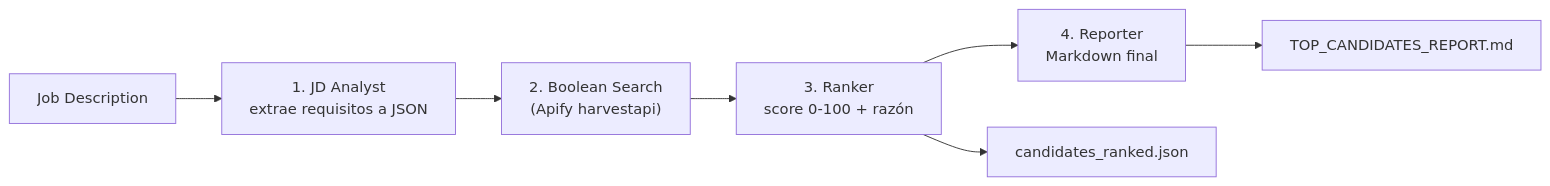
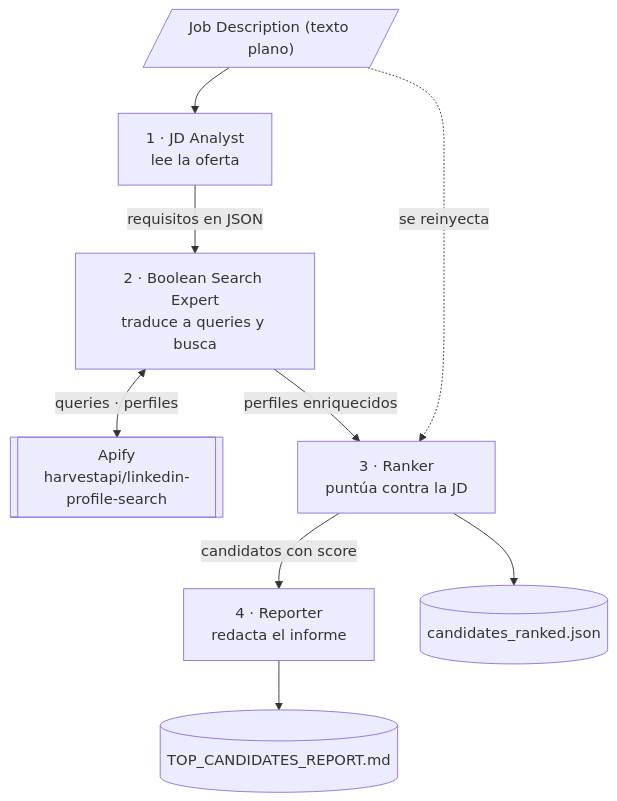
Before and after one commit to BrianGuadalupe/linkedin-candidate-agent: the first of 2 diagrams in README.md, drawn with Mermaid. The commit also changed other lines of this file, not shown here.

````diff
--- a/README.md
+++ b/README.md
@@ -13,14 +17,20 @@
 ```mermaid
-flowchart LR
-  jd["Job Description"]
-  t1["1. JD Analyst<br/>extrae requisitos a JSON"]
-  t2["2. Boolean Search<br/>(Apify harvestapi)"]
-  t4["3. Ranker<br/>score 0-100 + razón"]
-  t5["4. Reporter<br/>Markdown final"]
-  out1["candidates_ranked.json"]
-  out2["TOP_CANDIDATES_REPORT.md"]
+flowchart TB
+  JD[/"Job Description (texto plano)"/]
+  T1["1 · JD Analyst<br/>lee la oferta"]
+  T2["2 · Boolean Search Expert<br/>traduce a queries y busca"]
+  T3["3 · Ranker<br/>puntúa contra la JD"]
+  T4["4 · Reporter<br/>redacta el informe"]
+  APIFY[["Apify<br/>harvestapi/linkedin-profile-search"]]
+  JSON[("candidates_ranked.json")]
+  MD[("TOP_CANDIDATES_REPORT.md")]
 
-  jd --> t1 --> t2 --> t4 --> t5
-  t4 --> out1
-  t5 --> out2
+  JD --> T1
+  T1 -- "requisitos en JSON" --> T2
+  T2 <-- "queries · perfiles" --> APIFY
+  T2 -- "perfiles enriquecidos" --> T3
+  T3 -- "candidatos con score" --> T4
+  T3 --> JSON
+  T4 --> MD
+  JD -. "se reinyecta" .-> T3
 ```
````
